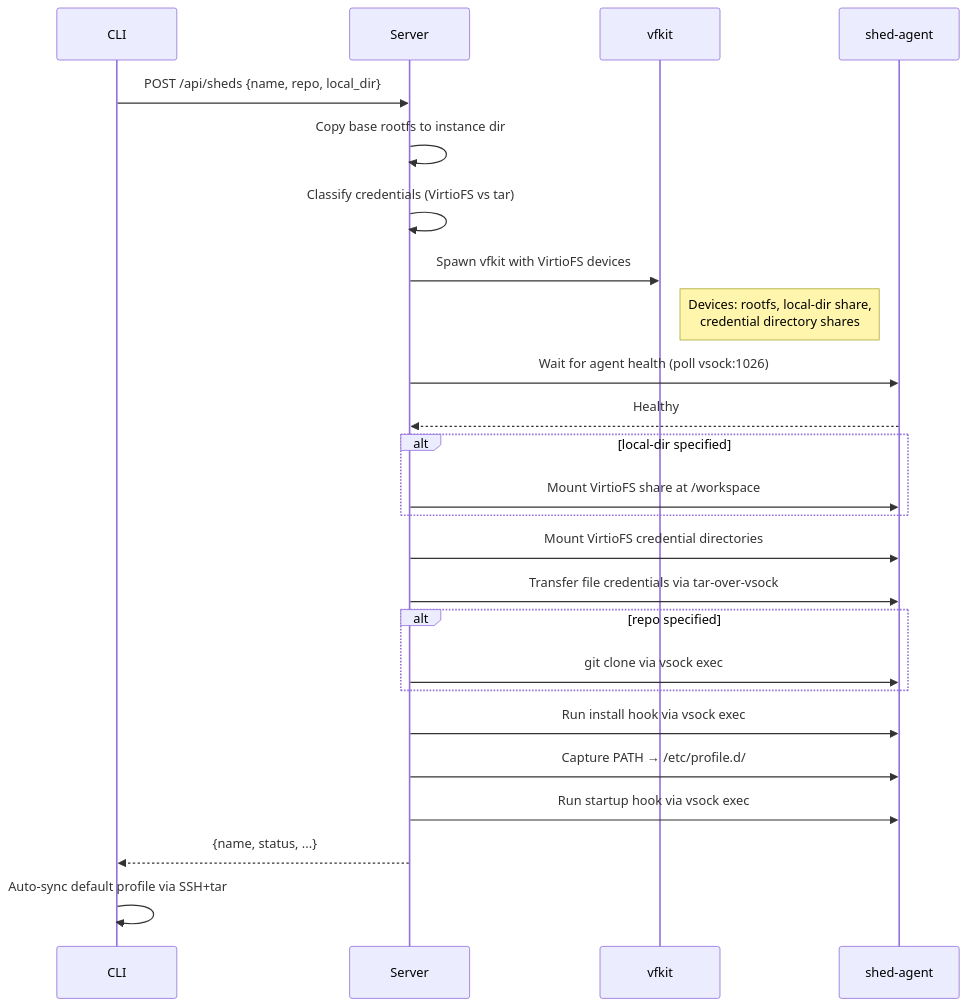
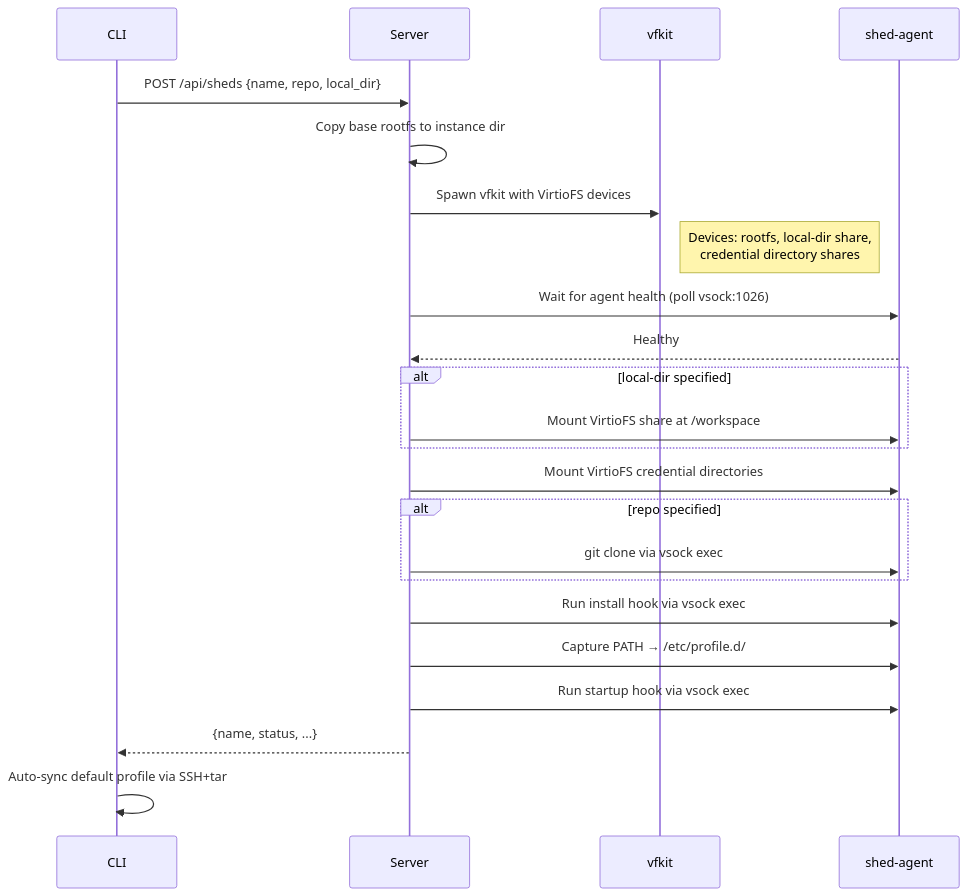
Before and after one commit to charliek/shed: the fifth of 7 diagrams in docs/development/architecture.md, drawn with Mermaid. The commit also changed other lines of this file and 11 other files, not shown here.

````diff
--- a/docs/development/architecture.md
+++ b/docs/development/architecture.md
@@ -164,28 +162,26 @@
     ```mermaid
     sequenceDiagram
         participant CLI
         participant Server
         participant vfkit
         participant Agent as shed-agent
 
         CLI->>Server: POST /api/sheds {name, repo, local_dir}
         Server->>Server: Copy base rootfs to instance dir
-        Server->>Server: Classify credentials (VirtioFS vs tar)
         Server->>vfkit: Spawn vfkit with VirtioFS devices
         Note right of vfkit: Devices: rootfs, local-dir share,<br/>credential directory shares
         Server->>Agent: Wait for agent health (poll vsock:1026)
         Agent-->>Server: Healthy
         alt local-dir specified
             Server->>Agent: Mount VirtioFS share at /workspace
         end
         Server->>Agent: Mount VirtioFS credential directories
-        Server->>Agent: Transfer file credentials via tar-over-vsock
         alt repo specified
             Server->>Agent: git clone via vsock exec
         end
         Server->>Agent: Run install hook via vsock exec
         Server->>Agent: Capture PATH → /etc/profile.d/
         Server->>Agent: Run startup hook via vsock exec
         Server-->>CLI: {name, status, ...}
         CLI->>CLI: Auto-sync default profile via SSH+tar
     ```
````
